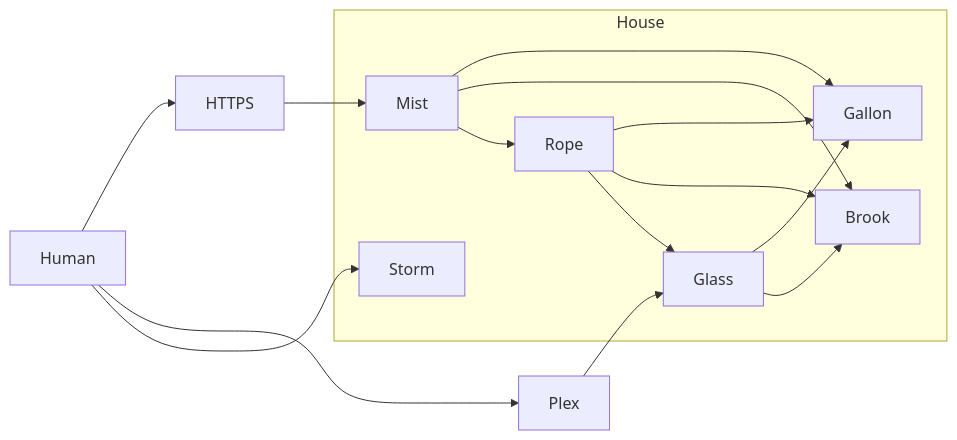
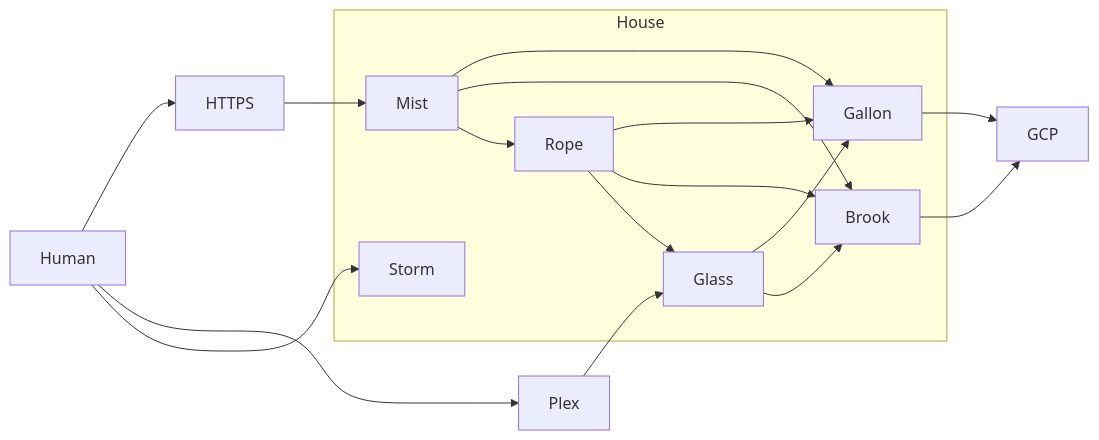
One commit to icco/writing changed the diagram in posts/759.md. Above: the diagram before and after it, drawn with Mermaid.

````diff
--- a/posts/759.md
+++ b/posts/759.md
@@ -23,26 +23,28 @@
 ```mermaid
 flowchart LR;
 
 subgraph AA [House]
     Glass;
     Storm;
     Rope;
     Gallon;
     Mist;
     Brook;
 end
 
 Human-->HTTPS;
 Human-->Plex;
 Plex-->Glass;
 HTTPS-->Mist;
 Mist-->Gallon;
 Rope-->Gallon;
 Glass-->Gallon;
 Mist-->Brook;
 Rope-->Brook;
 Glass-->Brook;
 Mist-->Rope;
 Rope-->Glass;
 Human-->Storm;
+Gallon-->GCP;
+Brook-->GCP;
 ```
````
